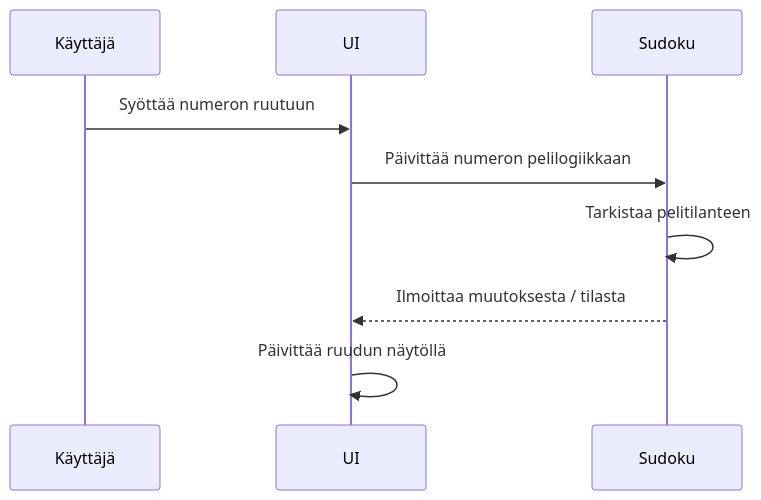
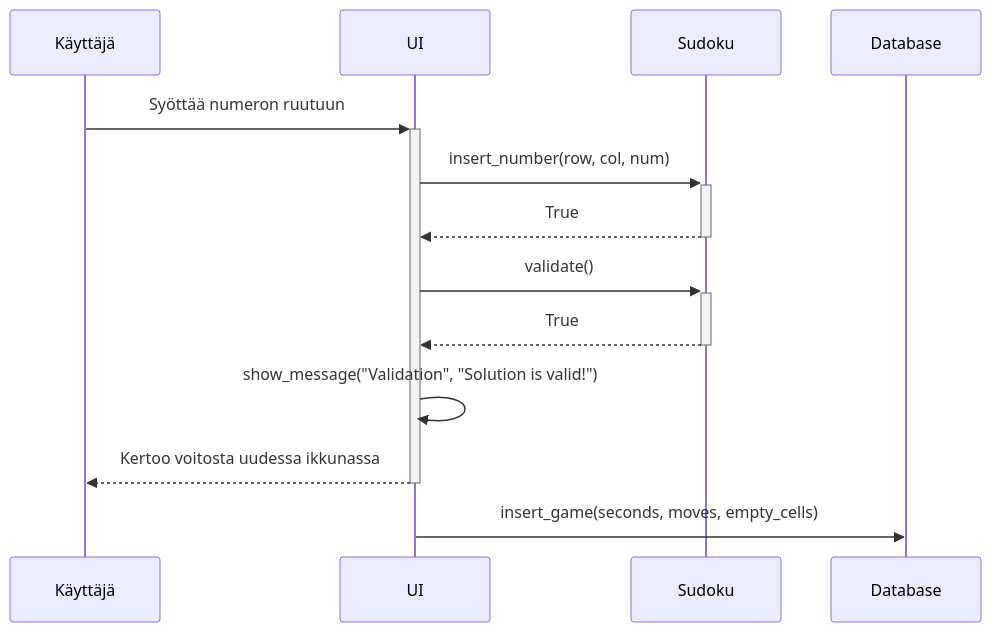
The second of 4 diagrams in dokumentaatio/arkkitehtuuri.md (maazjes/ohte), drawn with Mermaid before and after one commit. The commit also changed other lines of this file and 2 other files, not shown here.

````diff
--- a/dokumentaatio/arkkitehtuuri.md
+++ b/dokumentaatio/arkkitehtuuri.md
@@ -82,12 +82,16 @@
 ```mermaid
 sequenceDiagram
     participant K as Käyttäjä
     participant UI as UI
     participant G as Sudoku
+    participant D as Database
 
-    K->>UI: Syöttää numeron ruutuun
-    UI->>G: Päivittää numeron pelilogiikkaan
-    G->>G: Tarkistaa pelitilanteen
-    G-->>UI: Ilmoittaa muutoksesta / tilasta
-    UI->>UI: Päivittää ruudun näytöllä
+    K->>+UI: Syöttää numeron ruutuun
+    UI->>+G: insert_number(row, col, num)
+    G-->>-UI: True
+    UI->>+G: validate()
+    G-->>-UI: True
+    UI->>UI: show_message("Validation", "Solution is valid!")
+    UI-->>-K: Kertoo voitosta uudessa ikkunassa
+    UI->>D: insert_game(seconds, moves, empty_cells)
 ```
````
